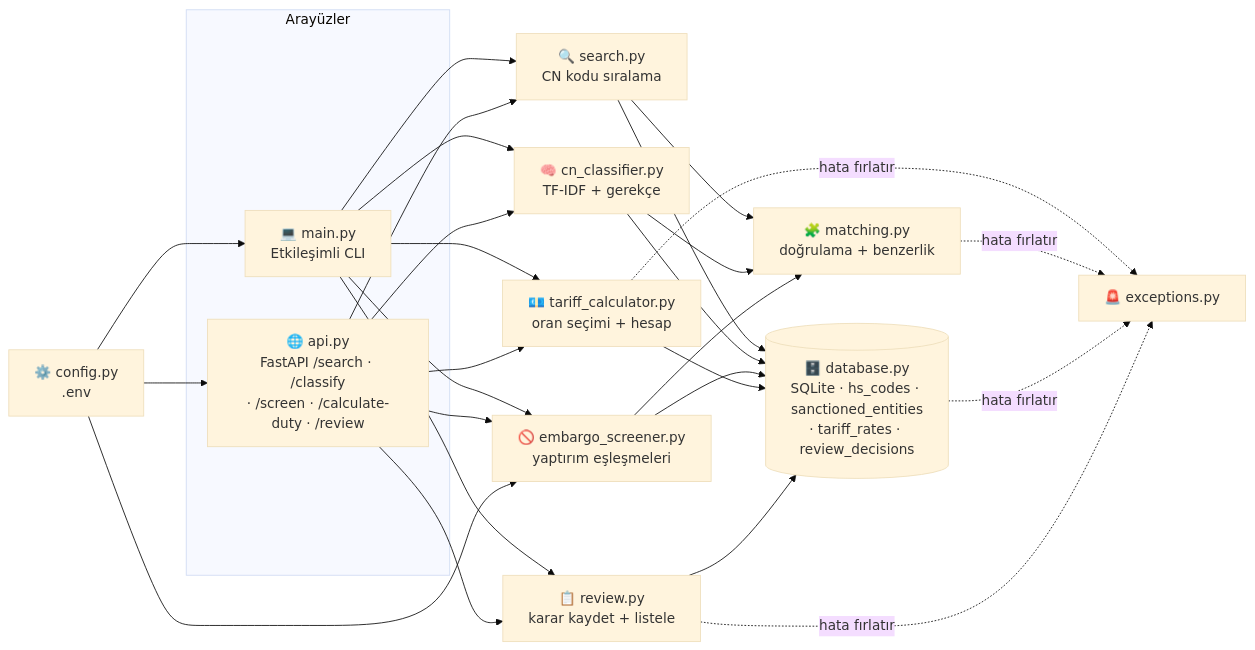
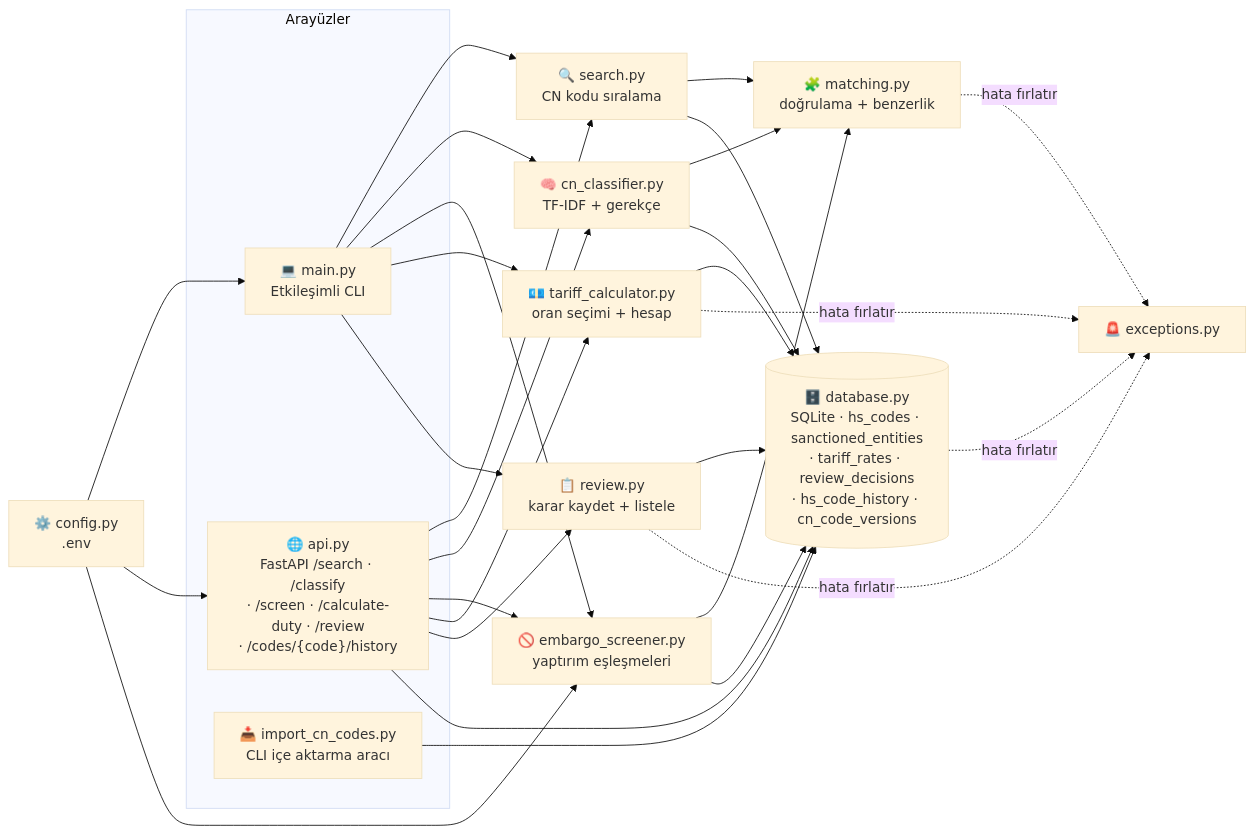
One commit to Mutersec/CustomsIQ changed the first of 2 diagrams in README.tr.md. Above: the diagram before and after it, drawn with Mermaid (base theme). The commit also changed other lines of this file and 9 other files, not shown here.

First line of the commit message:
Version CN code history with SCD Type 2 (hs_code_history, cn_code_versions)

````diff
--- a/README.tr.md
+++ b/README.tr.md
@@ -95,43 +96,46 @@
 ```mermaid
 flowchart LR
     subgraph Arayuzler["Arayüzler"]
         CLI["💻 main.py<br/>Etkileşimli CLI"]
-        API["🌐 api.py<br/>FastAPI /search · /classify<br/>· /screen · /calculate-duty · /review"]
+        API["🌐 api.py<br/>FastAPI /search · /classify<br/>· /screen · /calculate-duty · /review<br/>· /codes/{code}/history"]
+        IMPORT["📥 import_cn_codes.py<br/>CLI içe aktarma aracı"]
     end
 
     SEARCH["🔍 search.py<br/>CN kodu sıralama"]
     CLS["🧠 cn_classifier.py<br/>TF-IDF + gerekçe"]
     SCREEN["🚫 embargo_screener.py<br/>yaptırım eşleşmeleri"]
     DUTY["💶 tariff_calculator.py<br/>oran seçimi + hesap"]
     REVIEW["📋 review.py<br/>karar kaydet + listele"]
     MATCH["🧩 matching.py<br/>doğrulama + benzerlik"]
-    DB[("🗄️ database.py<br/>SQLite · hs_codes · sanctioned_entities<br/>· tariff_rates · review_decisions")]
+    DB[("🗄️ database.py<br/>SQLite · hs_codes · sanctioned_entities<br/>· tariff_rates · review_decisions<br/>· hs_code_history · cn_code_versions")]
     EXC["🚨 exceptions.py"]
     CFG["⚙️ config.py<br/>.env"]
 
     CLI --> SEARCH
     CLI --> CLS
     CLI --> SCREEN
     CLI --> DUTY
     CLI --> REVIEW
     API --> SEARCH
     API --> CLS
     API --> SCREEN
     API --> DUTY
     API --> REVIEW
+    API --> DB
+    IMPORT --> DB
     SEARCH --> MATCH
     CLS --> MATCH
     SCREEN --> MATCH
     SEARCH --> DB
     CLS --> DB
     SCREEN --> DB
     DUTY --> DB
     REVIEW --> DB
     DUTY -. hata fırlatır .-> EXC
     MATCH -. hata fırlatır .-> EXC
     DB -. hata fırlatır .-> EXC
     REVIEW -. hata fırlatır .-> EXC
     CFG --> CLI
     CFG --> API
     CFG --> SCREEN
 ```
````
